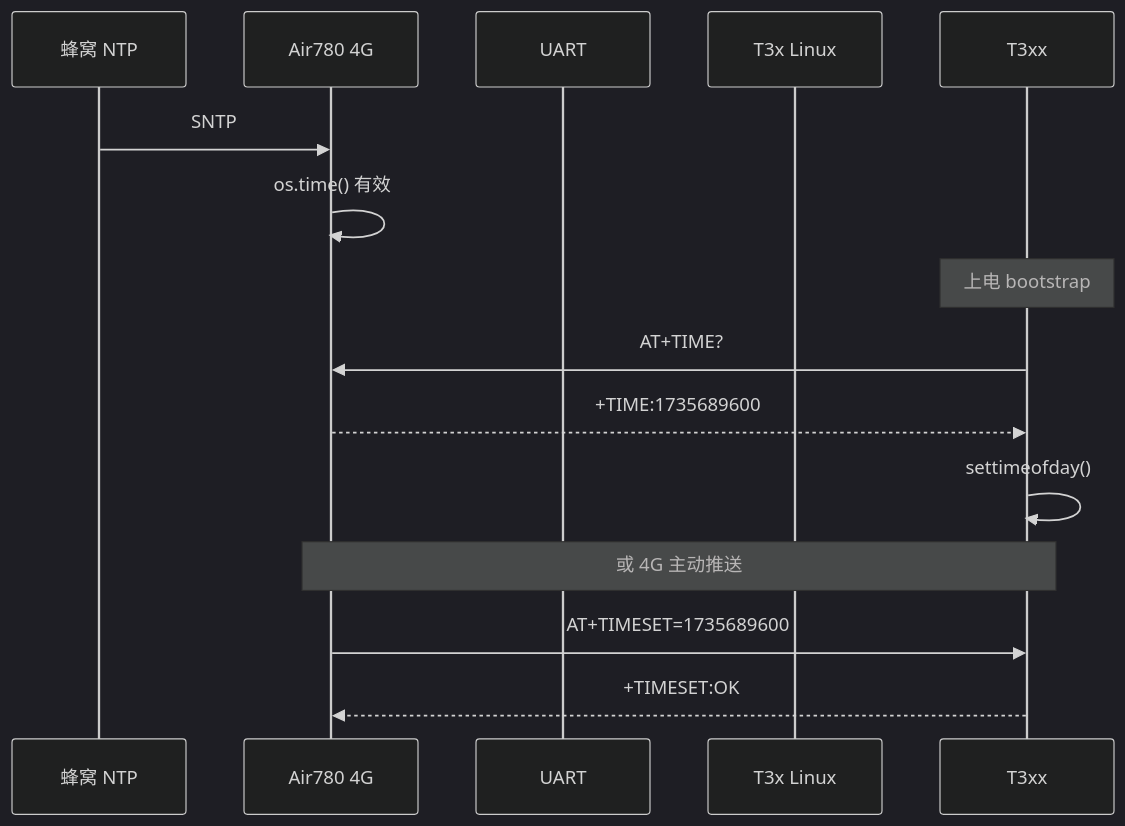
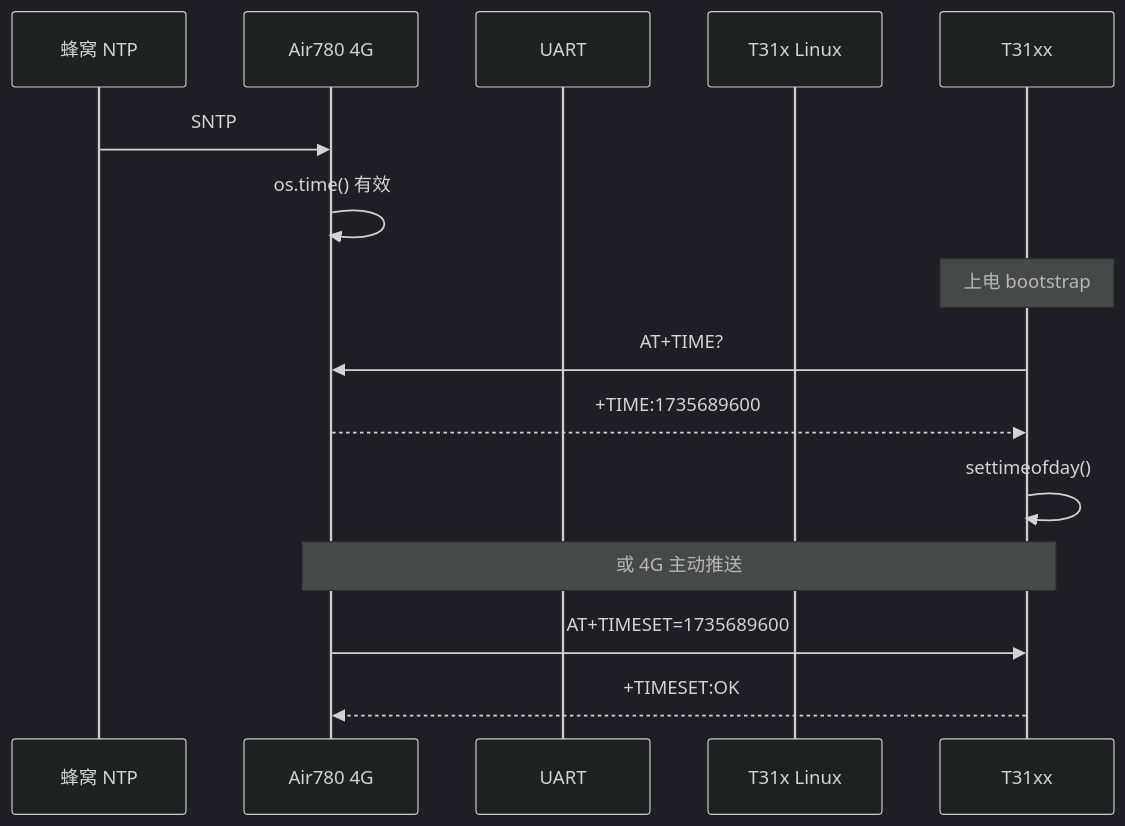
Before and after one commit to dzr1986/AIR780EHM: the diagram in doc/TIME_SYNC.md, drawn with Mermaid (dark theme). The commit also changed other lines of this file and 402 other files, not shown here.

````diff
--- a/doc/TIME_SYNC.md
+++ b/doc/TIME_SYNC.md
@@ -19,17 +19,17 @@
 ```mermaid
 sequenceDiagram
     participant NET as 蜂窝 NTP
     participant CAT1 as Air780 4G
     participant UART as UART
-    participant T3x as T3x Linux
+    participant T31x as T31x Linux
 
     NET->>CAT1: SNTP
     CAT1->>CAT1: os.time() 有效
-    Note over T3xx: 上电 bootstrap
-    T3xx->>CAT1: AT+TIME?
-    CAT1-->>T3xx: +TIME:1735689600
-    T3xx->>T3xx: settimeofday()
-    Note over CAT1,T3xx: 或 4G 主动推送
-    CAT1->>T3xx: AT+TIMESET=1735689600
-    T3xx-->>CAT1: +TIMESET:OK
+    Note over T31xx: 上电 bootstrap
+    T31xx->>CAT1: AT+TIME?
+    CAT1-->>T31xx: +TIME:1735689600
+    T31xx->>T31xx: settimeofday()
+    Note over CAT1,T31xx: 或 4G 主动推送
+    CAT1->>T31xx: AT+TIMESET=1735689600
+    T31xx-->>CAT1: +TIMESET:OK
 ```
````
